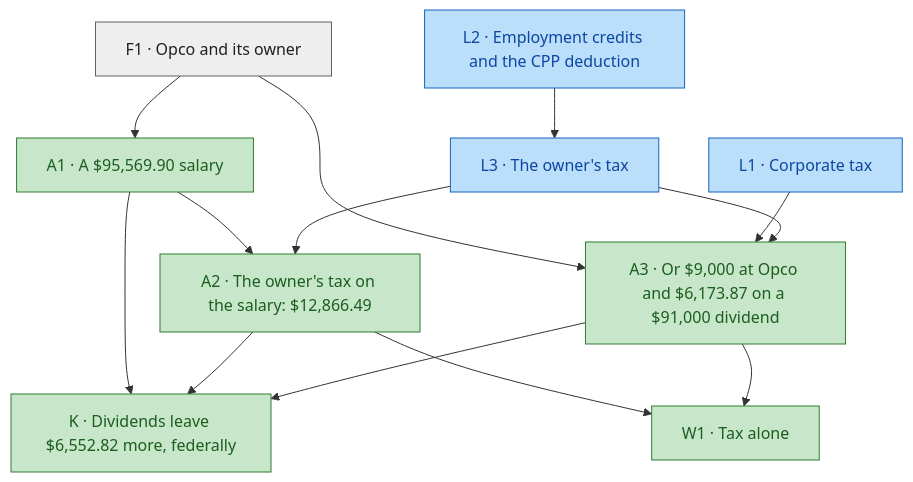
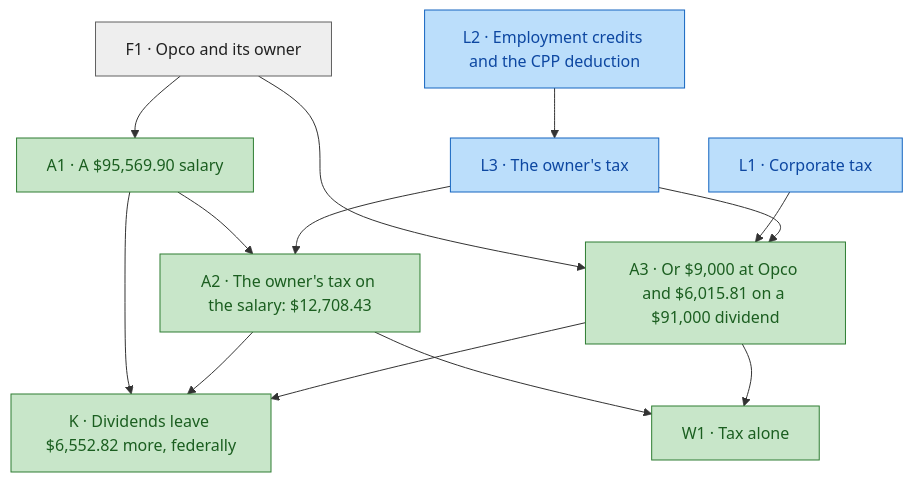
Before and after one commit to SeanWMurray/Canteen: the first of 2 diagrams in docs/blueprint/salary-or-dividend.md, drawn with Mermaid. The commit also changed other lines of this file and 57 other files, not shown here.

````diff
--- a/docs/blueprint/salary-or-dividend.md
+++ b/docs/blueprint/salary-or-dividend.md
@@ -15,30 +15,30 @@
 ```mermaid
 graph TD
   n0["L1 · Corporate tax"]:::encoded
   n1["L2 · Employment credits and the CPP deduction"]:::encoded
   n2["L3 · The owner's tax"]:::encoded
   n3["F1 · Opco and its owner"]:::fact
   n4["A1 · A $95,569.90 salary"]:::proven
-  n5["A2 · The owner's tax on the salary: $12,866.49"]:::proven
-  n6["A3 · Or $9,000 at Opco and $6,173.87 on a $91,000 dividend"]:::proven
+  n5["A2 · The owner's tax on the salary: $12,708.43"]:::proven
+  n6["A3 · Or $9,000 at Opco and $6,015.81 on a $91,000 dividend"]:::proven
   n7["K · Dividends leave $6,552.82 more, federally"]:::proven
   n8["W1 · Tax alone"]:::proven
   n1 --> n2
   n3 --> n4
   n4 --> n5
   n2 --> n5
   n3 --> n6
   n0 --> n6
   n2 --> n6
   n4 --> n7
   n5 --> n7
   n6 --> n7
   n5 --> n8
   n6 --> n8
   classDef proven fill:#c8e6c9,stroke:#2e7d32,color:#1b5e20
   classDef encoded fill:#bbdefb,stroke:#1565c0,color:#0d47a1
   classDef fact fill:#eeeeee,stroke:#616161,color:#212121
   classDef judgment fill:#ffe0b2,stroke:#ef6c00,color:#e65100
   classDef notFormalized fill:#ffffff,stroke:#c62828,color:#b71c1c,stroke-dasharray:5 5
   classDef unproven fill:#ffcdd2,stroke:#c62828,color:#b71c1c
 ```
````
